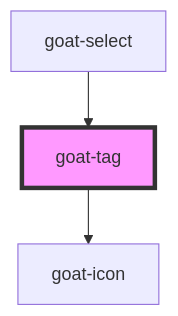
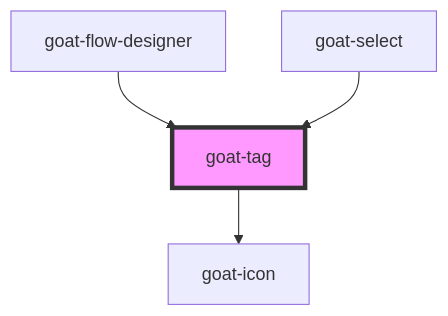
One commit to goatui/components changed the diagram in src/components/data-display/tag/readme.md. Above: the diagram before and after it, drawn with Mermaid. The commit also changed other lines of this file and 40 other files, not shown here.

Commit message:
flow designer initial commit

````diff
--- a/src/components/data-display/tag/readme.md
+++ b/src/components/data-display/tag/readme.md
@@ -36,6 +37,7 @@
 ```mermaid
 graph TD;
   goat-tag --> goat-icon
+  goat-flow-designer --> goat-tag
   goat-select --> goat-tag
   style goat-tag fill:#f9f,stroke:#333,stroke-width:4px
 ```
````
